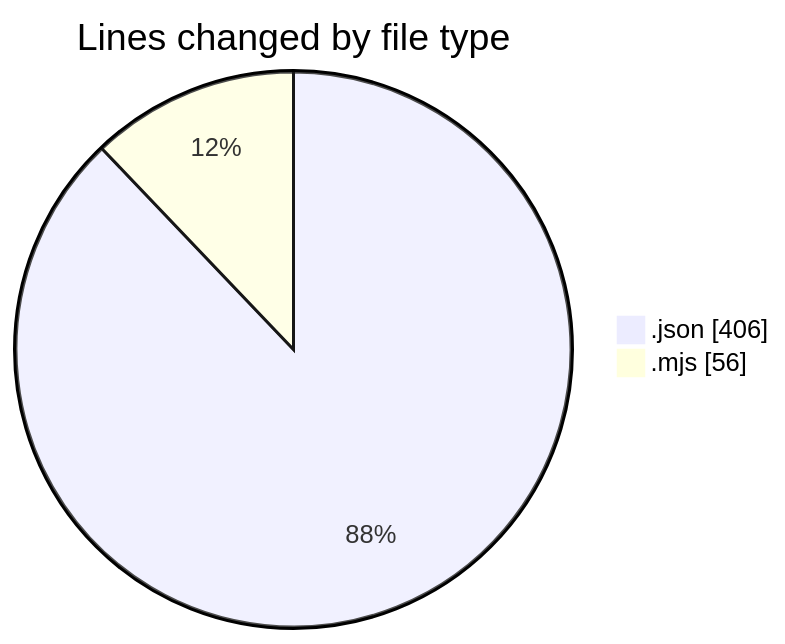
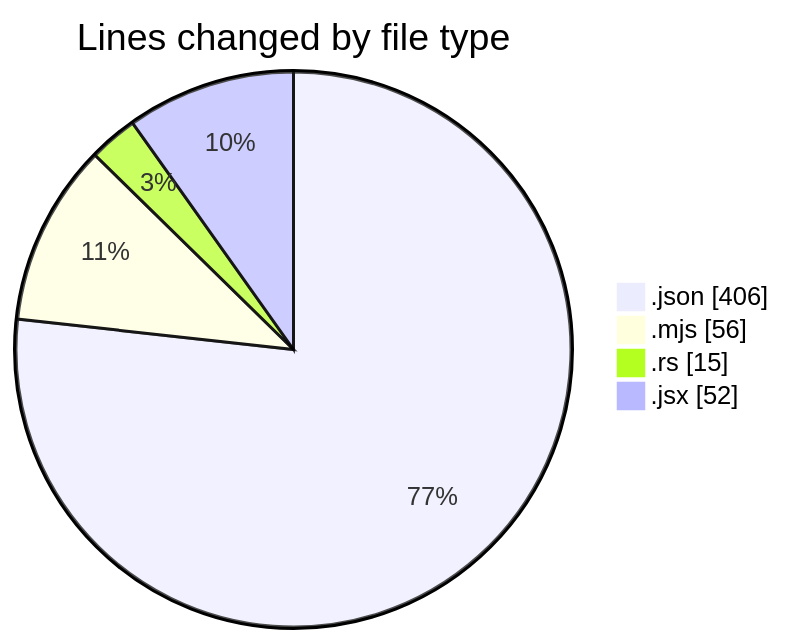
Before and after one commit to charlie-sans/code-tracking: the first of 2 diagrams in 2025-01-28/trollerboard/README.md, drawn with Mermaid. The commit also changed other lines of this file and 1 other file, not shown here.

````diff
--- a/2025-01-28/trollerboard/README.md
+++ b/2025-01-28/trollerboard/README.md
@@ -22,6 +24,8 @@
 ```mermaid
 pie showData
 title Lines changed by file type
 ".json" : 406
 ".mjs" : 56
+".rs" : 15
+".jsx" : 52
 ```
````
